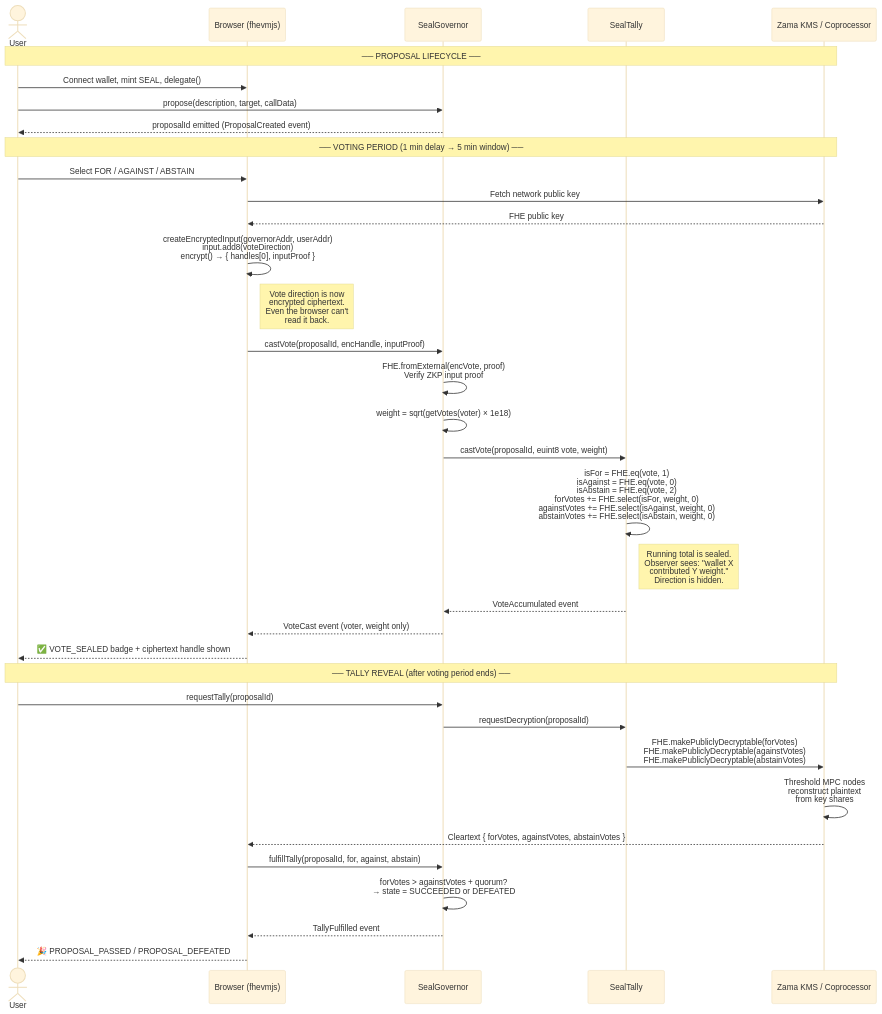
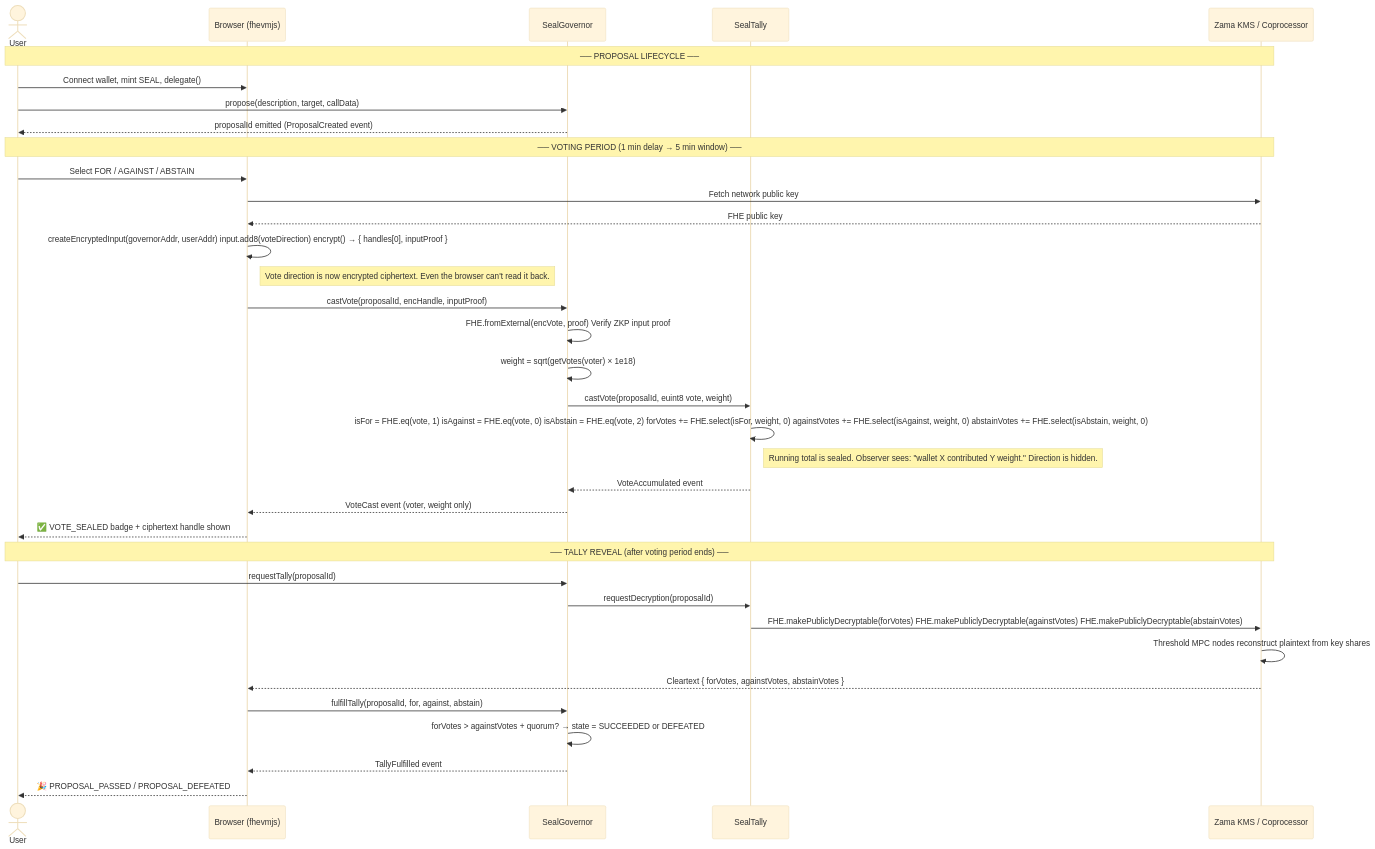
One commit to Narayanan-D-05/Sealfi changed the diagram in README.md. Above: the diagram before and after it, drawn with Mermaid (base theme). The commit also changed other lines of this file, not shown here.

Commit message:
diagram changes

````diff
--- a/README.md
+++ b/README.md
@@ -124,43 +114,43 @@
 ```mermaid
 sequenceDiagram
     actor User
     participant Browser as Browser (fhevmjs)
     participant Governor as SealGovernor
     participant Tally as SealTally
     participant KMS as Zama KMS / Coprocessor
 
     Note over User, KMS: ── PROPOSAL LIFECYCLE ──
 
     User->>Browser: Connect wallet, mint SEAL, delegate()
     User->>Governor: propose(description, target, callData)
     Governor-->>User: proposalId emitted (ProposalCreated event)
 
     Note over User, KMS: ── VOTING PERIOD (1 min delay → 5 min window) ──
 
     User->>Browser: Select FOR / AGAINST / ABSTAIN
     Browser->>KMS: Fetch network public key
     KMS-->>Browser: FHE public key
-    Browser->>Browser: createEncryptedInput(governorAddr, userAddr)<br/>input.add8(voteDirection)<br/>encrypt() → { handles[0], inputProof }
-    Note right of Browser: Vote direction is now<br/>encrypted ciphertext.<br/>Even the browser can't<br/>read it back.
+    Browser->>Browser: createEncryptedInput(governorAddr, userAddr) input.add8(voteDirection) encrypt() → { handles[0], inputProof }
+    Note right of Browser: Vote direction is now encrypted ciphertext. Even the browser can't read it back.
     Browser->>Governor: castVote(proposalId, encHandle, inputProof)
-    Governor->>Governor: FHE.fromExternal(encVote, proof)<br/>Verify ZKP input proof
+    Governor->>Governor: FHE.fromExternal(encVote, proof) Verify ZKP input proof
     Governor->>Governor: weight = sqrt(getVotes(voter) × 1e18)
     Governor->>Tally: castVote(proposalId, euint8 vote, weight)
-    Tally->>Tally: isFor = FHE.eq(vote, 1)<br/>isAgainst = FHE.eq(vote, 0)<br/>isAbstain = FHE.eq(vote, 2)<br/>forVotes += FHE.select(isFor, weight, 0)<br/>againstVotes += FHE.select(isAgainst, weight, 0)<br/>abstainVotes += FHE.select(isAbstain, weight, 0)
-    Note right of Tally: Running total is sealed.<br/>Observer sees: "wallet X<br/>contributed Y weight."<br/>Direction is hidden.
+    Tally->>Tally: isFor = FHE.eq(vote, 1) isAgainst = FHE.eq(vote, 0) isAbstain = FHE.eq(vote, 2) forVotes += FHE.select(isFor, weight, 0) againstVotes += FHE.select(isAgainst, weight, 0) abstainVotes += FHE.select(isAbstain, weight, 0)
+    Note right of Tally: Running total is sealed. Observer sees: "wallet X contributed Y weight." Direction is hidden.
     Tally-->>Governor: VoteAccumulated event
     Governor-->>Browser: VoteCast event (voter, weight only)
     Browser-->>User: ✅ VOTE_SEALED badge + ciphertext handle shown
 
     Note over User, KMS: ── TALLY REVEAL (after voting period ends) ──
 
     User->>Governor: requestTally(proposalId)
     Governor->>Tally: requestDecryption(proposalId)
-    Tally->>KMS: FHE.makePubliclyDecryptable(forVotes)<br/>FHE.makePubliclyDecryptable(againstVotes)<br/>FHE.makePubliclyDecryptable(abstainVotes)
-    KMS->>KMS: Threshold MPC nodes<br/>reconstruct plaintext<br/>from key shares
+    Tally->>KMS: FHE.makePubliclyDecryptable(forVotes) FHE.makePubliclyDecryptable(againstVotes) FHE.makePubliclyDecryptable(abstainVotes)
+    KMS->>KMS: Threshold MPC nodes reconstruct plaintext from key shares
     KMS-->>Browser: Cleartext { forVotes, againstVotes, abstainVotes }
     Browser->>Governor: fulfillTally(proposalId, for, against, abstain)
-    Governor->>Governor: forVotes > againstVotes + quorum?<br/>→ state = SUCCEEDED or DEFEATED
+    Governor->>Governor: forVotes > againstVotes + quorum? → state = SUCCEEDED or DEFEATED
     Governor-->>Browser: TallyFulfilled event
     Browser-->>User: 🎉 PROPOSAL_PASSED / PROPOSAL_DEFEATED
 ```
````
